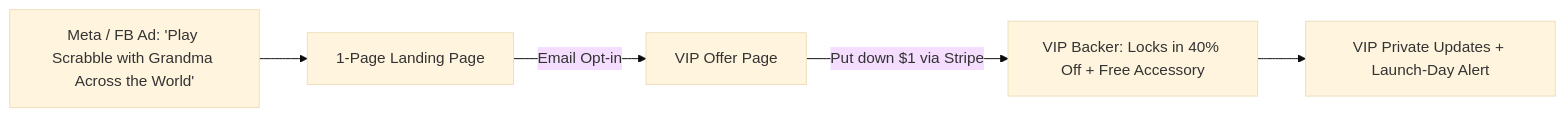
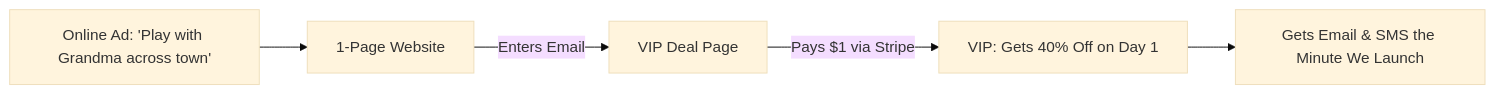
One commit to robindelis/Smart-Crossword- changed the diagram in commercial/prelaunch_playbook.md. Above: the diagram before and after it, drawn with Mermaid (base theme). The commit also changed other lines of this file and 11 other files, not shown here.

````diff
--- a/commercial/prelaunch_playbook.md
+++ b/commercial/prelaunch_playbook.md
@@ -19,7 +19,7 @@
 ```mermaid
 flowchart LR
-    Ad[Meta / FB Ad: 'Play Scrabble with Grandma Across the World'] --> LP[1-Page Landing Page]
-    LP -->|Email Opt-in| ThankYou[VIP Offer Page]
-    ThankYou -->|Put down $1 via Stripe| VIP[VIP Backer: Locks in 40% Off + Free Accessory]
-    VIP --> VIPEmail[VIP Private Updates + Launch-Day Alert]
+    Ad[Online Ad: 'Play with Grandma across town'] --> LP[1-Page Website]
+    LP -->|Enters Email| Offer[VIP Deal Page]
+    Offer -->|Pays $1 via Stripe| VIP[VIP: Gets 40% Off on Day 1]
+    VIP --> Alerts[Gets Email & SMS the Minute We Launch]
 ```
````
